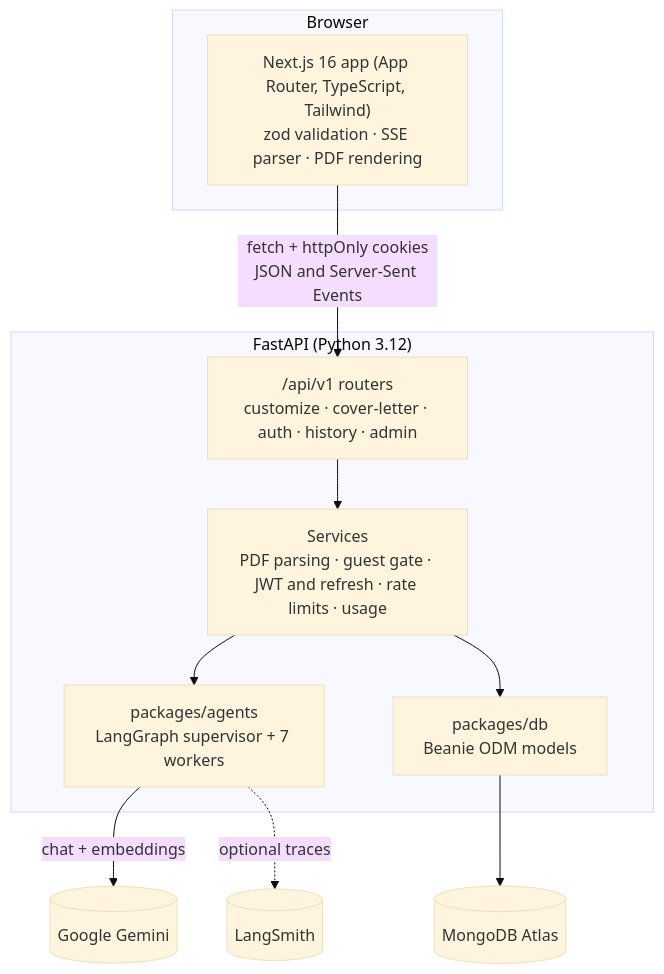
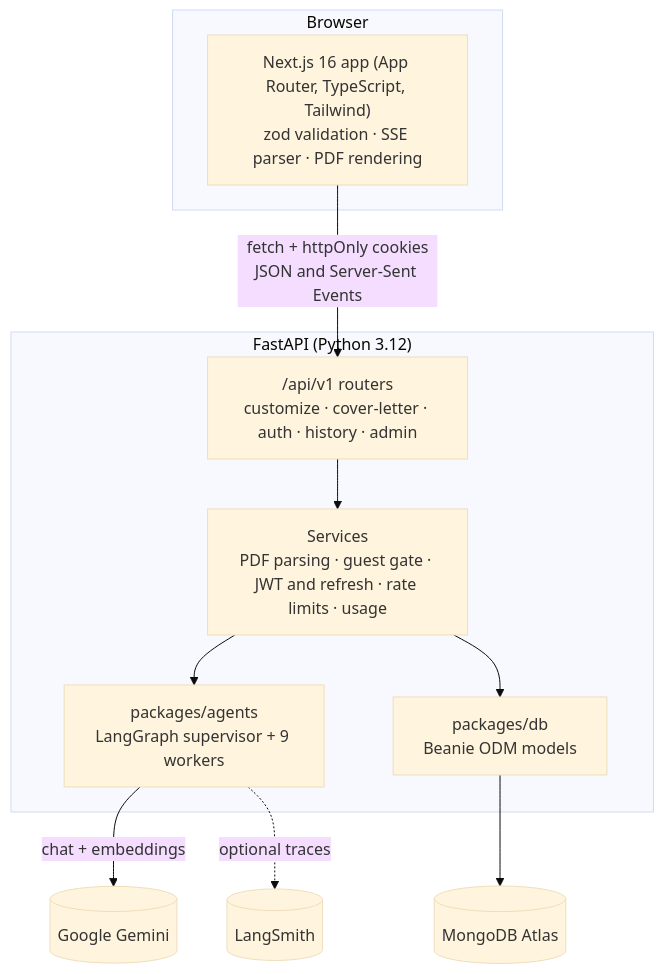
Before and after one commit to suryanshparashar/patra-shilpi: the third of 3 diagrams in README.md, drawn with Mermaid (base theme). The commit also changed other lines of this file and 1 other file, not shown here.

````diff
--- a/README.md
+++ b/README.md
@@ -158,20 +159,20 @@
 ```mermaid
 flowchart TB
     subgraph Browser
         WEB["Next.js 16 app (App Router, TypeScript, Tailwind)<br/>zod validation · SSE parser · PDF rendering"]
     end
 
     subgraph API["FastAPI (Python 3.12)"]
         R["/api/v1 routers<br/>customize · cover-letter · auth · history · admin"]
         SV["Services<br/>PDF parsing · guest gate · JWT and refresh · rate limits · usage"]
-        AG["packages/agents<br/>LangGraph supervisor + 7 workers"]
+        AG["packages/agents<br/>LangGraph supervisor + 9 workers"]
         DB["packages/db<br/>Beanie ODM models"]
     end
 
     WEB -- "fetch + httpOnly cookies<br/>JSON and Server-Sent Events" --> R
     R --> SV --> AG
     SV --> DB
     AG -- "chat + embeddings" --> GEM[("Google Gemini")]
     AG -. "optional traces" .-> LS[("LangSmith")]
     DB --> MDB[("MongoDB Atlas")]
 ```
````
